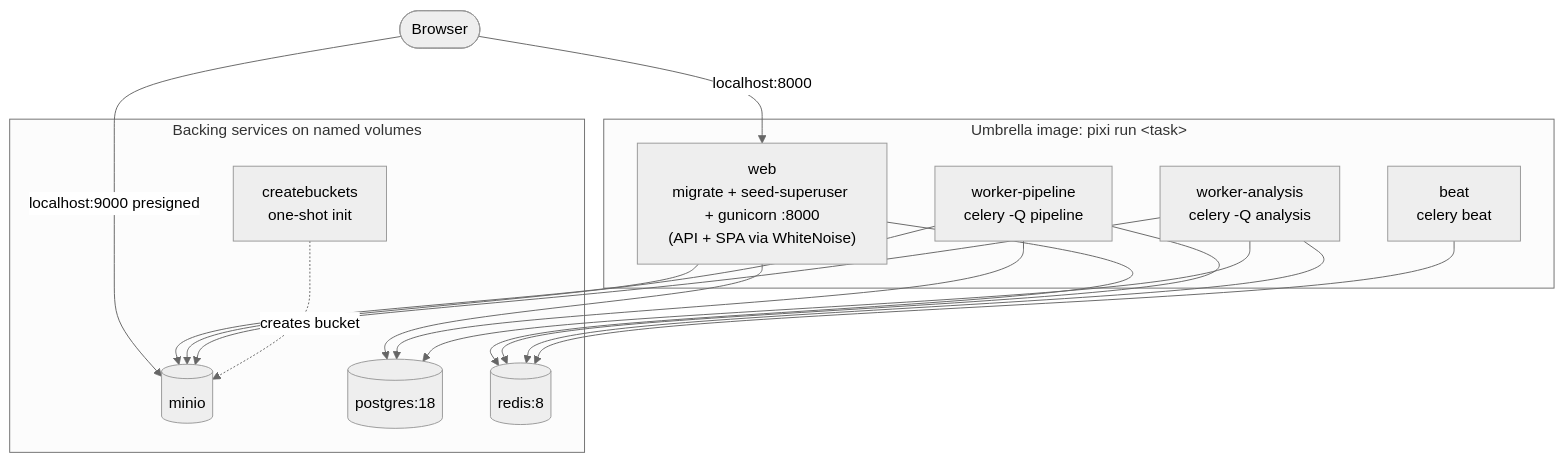
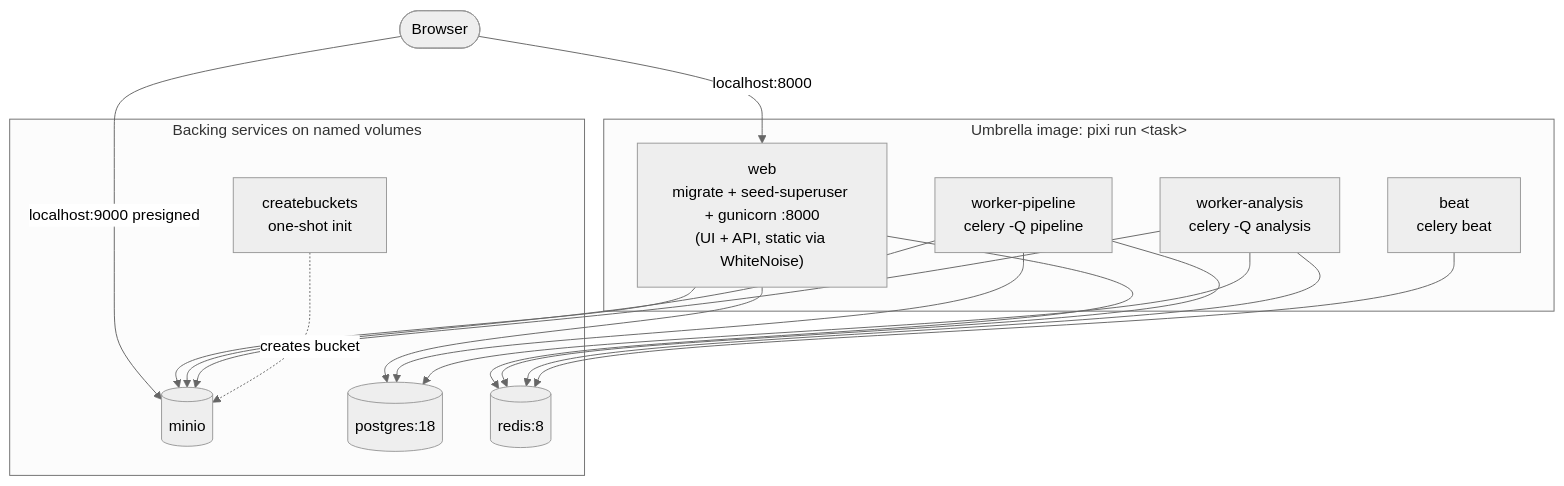
The first of 3 diagrams in docs/deployment/openshift/architecture.md (millsks/django-python-generate-sbom), drawn with Mermaid (neutral theme) before and after one commit. The commit also changed other lines of this file and 27 other files, not shown here.

````diff
--- a/docs/deployment/openshift/architecture.md
+++ b/docs/deployment/openshift/architecture.md
@@ -16,25 +17,25 @@
 ```mermaid
 flowchart TB
     browser([Browser]) -->|"localhost:8000"| web
     browser -->|"localhost:9000 presigned"| minio
 
     subgraph app[Umbrella image: pixi run &lt;task&gt;]
-        web["web<br/>migrate + seed-superuser + gunicorn :8000<br/>(API + SPA via WhiteNoise)"]
+        web["web<br/>migrate + seed-superuser + gunicorn :8000<br/>(UI + API, static via WhiteNoise)"]
         wp[worker-pipeline<br/>celery -Q pipeline]
         wa[worker-analysis<br/>celery -Q analysis]
         beat[beat<br/>celery beat]
     end
 
     subgraph infra[Backing services on named volumes]
         pg[(postgres:18)]
         redis[(redis:8)]
         minio[(minio)]
         cb[createbuckets<br/>one-shot init]
     end
 
     web --> pg & redis & minio
     wp --> pg & redis & minio
     wa --> pg & redis & minio
     beat --> redis
     cb -.creates bucket.-> minio
 ```
````
